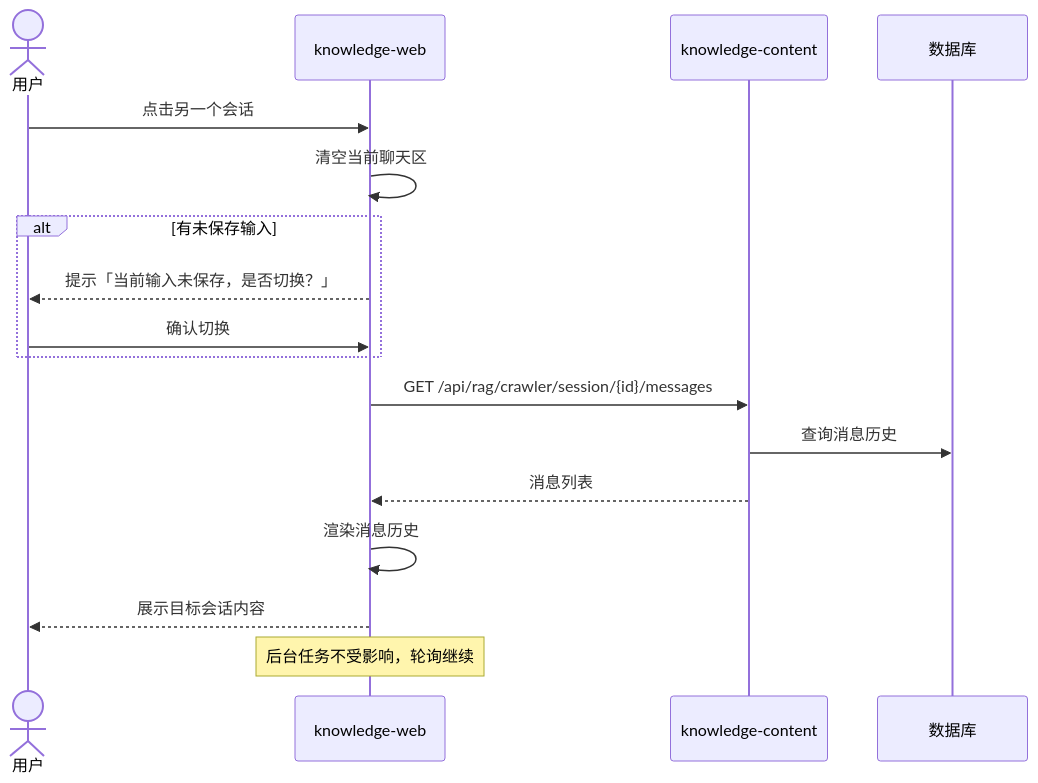
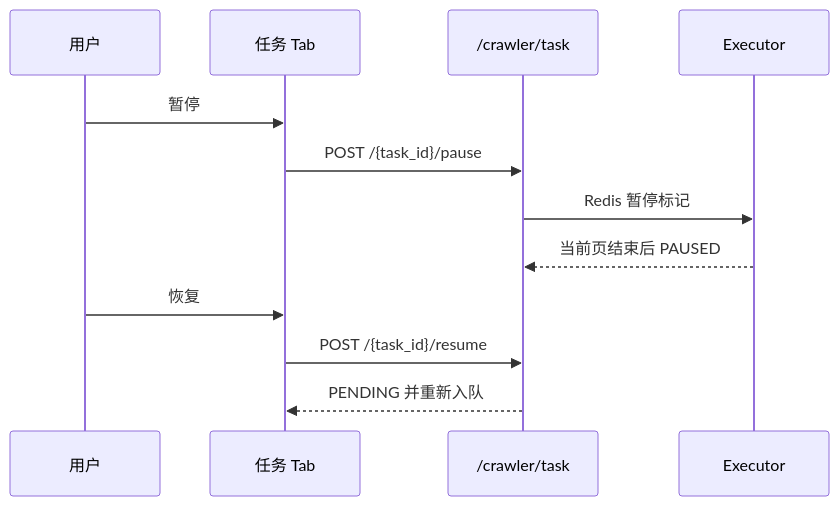
The third of 6 diagrams in docs/rag/网页爬取Agent/05-用户操作交互时序图.md (jiangwch03/knowledge), drawn with Mermaid before and after one commit. The commit also changed other lines of this file and 8 other files, not shown here.

````diff
--- a/docs/rag/网页爬取Agent/05-用户操作交互时序图.md
+++ b/docs/rag/网页爬取Agent/05-用户操作交互时序图.md
@@ -226,23 +64,15 @@
 ```mermaid
 sequenceDiagram
-    actor U as 用户
-    participant W as knowledge-web
-    participant C as knowledge-content
-    participant DB as 数据库
+    participant U as 用户
+    participant FE as 任务 Tab
+    participant API as /crawler/task
+    participant Exec as Executor
 
-    U->>W: 点击另一个会话
-    W->>W: 清空当前聊天区
-    
-    alt 有未保存输入
-        W-->>U: 提示「当前输入未保存，是否切换？」
-        U->>W: 确认切换
-    end
-
-    W->>C: GET /api/rag/crawler/session/{id}/messages
-    C->>DB: 查询消息历史
-    C-->>W: 消息列表
-    W->>W: 渲染消息历史
-    W-->>U: 展示目标会话内容
-
-    Note over W: 后台任务不受影响，轮询继续
+    U->>FE: 暂停
+    FE->>API: POST /{task_id}/pause
+    API->>Exec: Redis 暂停标记
+    Exec-->>API: 当前页结束后 PAUSED
+    U->>FE: 恢复
+    FE->>API: POST /{task_id}/resume
+    API-->>FE: PENDING 并重新入队
 ```
````
